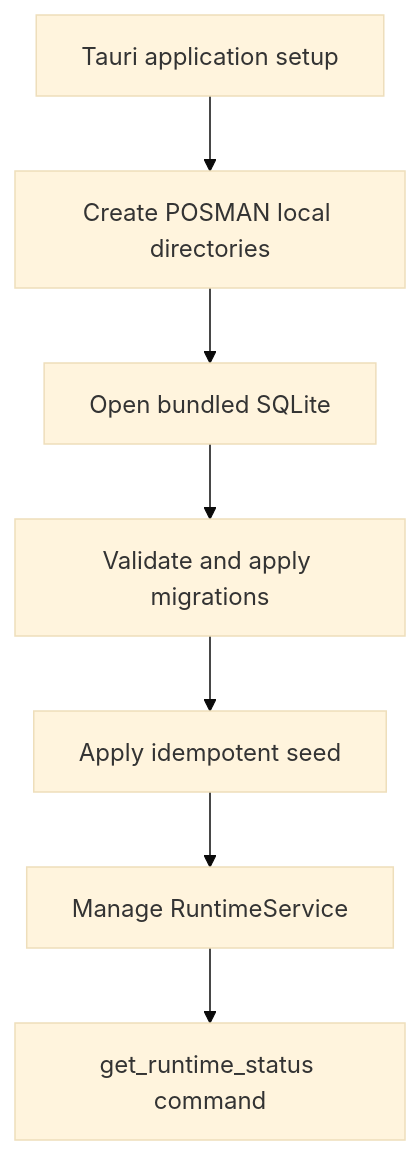
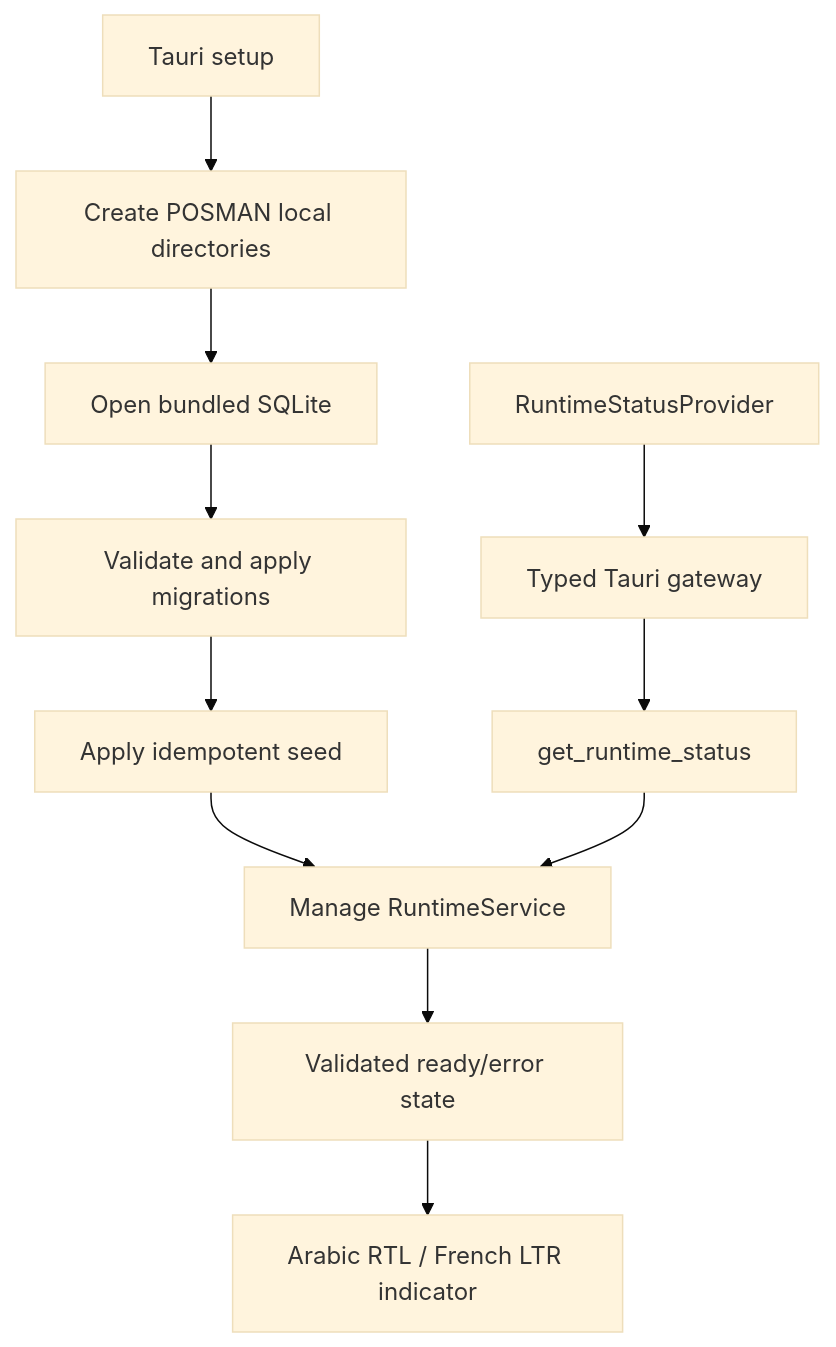
One commit to mohamed09090-xmd/posman-desktop changed the diagram in docs/continuity/PROJECT-TREE.md. Above: the diagram before and after it, drawn with Mermaid (base theme). The commit also changed other lines of this file, not shown here.

````diff
--- a/docs/continuity/PROJECT-TREE.md
+++ b/docs/continuity/PROJECT-TREE.md
@@ -176,9 +107,13 @@
 ```mermaid
 flowchart TD
-    Start["Tauri application setup"] --> Paths["Create POSMAN local directories"]
+    Start["Tauri setup"] --> Paths["Create POSMAN local directories"]
     Paths --> DB["Open bundled SQLite"]
     DB --> Migrate["Validate and apply migrations"]
     Migrate --> Seed["Apply idempotent seed"]
-    Seed --> Ready["Manage RuntimeService"]
-    Ready --> Status["get_runtime_status command"]
+    Seed --> Service["Manage RuntimeService"]
+    UI["RuntimeStatusProvider"] --> Gateway["Typed Tauri gateway"]
+    Gateway --> Command["get_runtime_status"]
+    Command --> Service
+    Service --> State["Validated ready/error state"]
+    State --> Indicator["Arabic RTL / French LTR indicator"]
 ```
````
